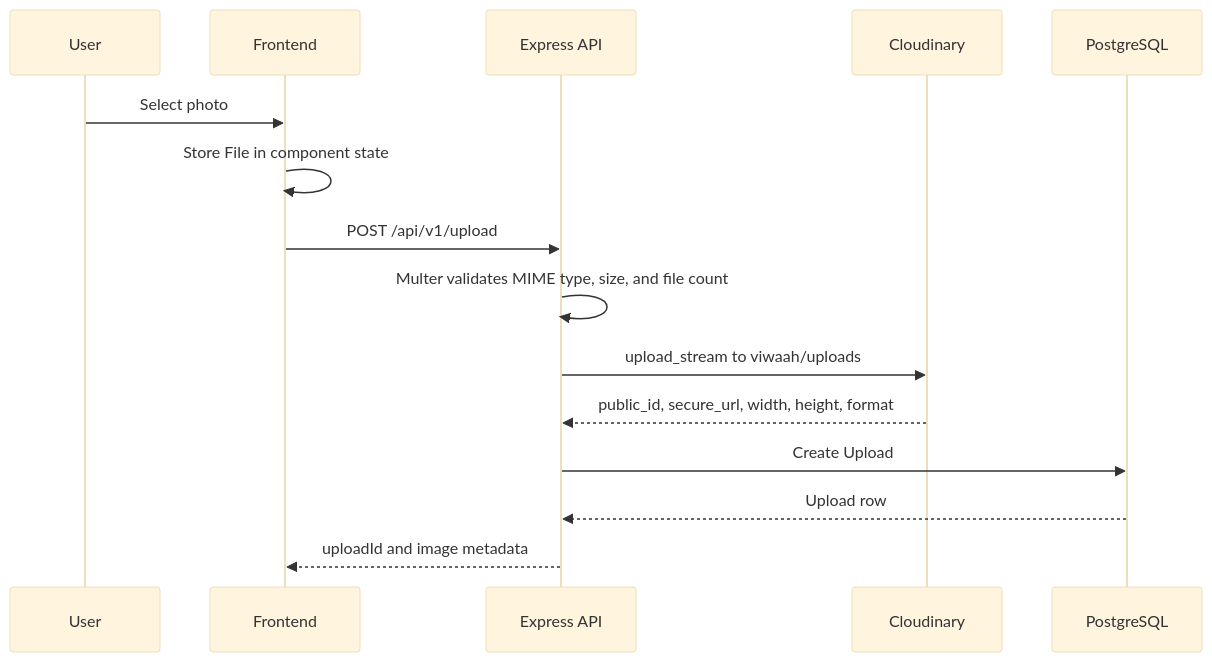
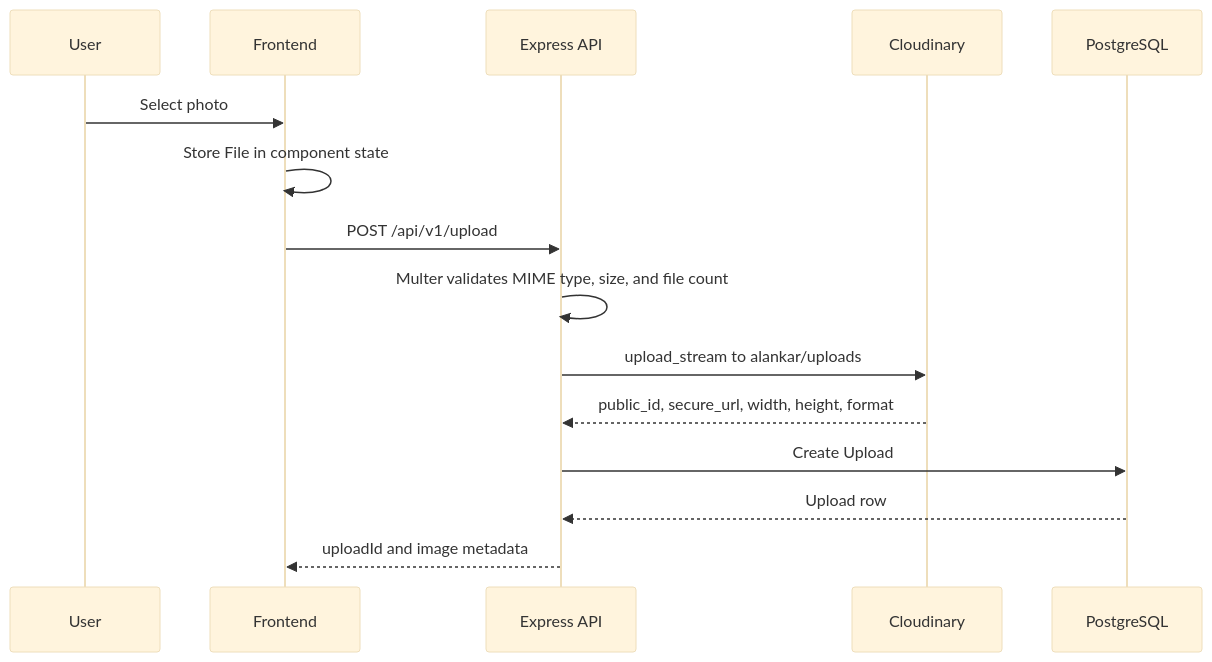
One commit to Rahul-Shetty-10/photo_album changed the second of 6 diagrams in docs/appflow.md. Above: the diagram before and after it, drawn with Mermaid (base theme). The commit also changed other lines of this file and 29 other files, not shown here.

````diff
--- a/docs/appflow.md
+++ b/docs/appflow.md
@@ -34,18 +34,18 @@
 ```mermaid
 sequenceDiagram
     participant U as User
     participant FE as Frontend
     participant API as Express API
     participant C as Cloudinary
     participant DB as PostgreSQL
 
     U->>FE: Select photo
     FE->>FE: Store File in component state
     FE->>API: POST /api/v1/upload
     API->>API: Multer validates MIME type, size, and file count
-    API->>C: upload_stream to viwaah/uploads
+    API->>C: upload_stream to alankar/uploads
     C-->>API: public_id, secure_url, width, height, format
     API->>DB: Create Upload
     DB-->>API: Upload row
     API-->>FE: uploadId and image metadata
 ```
````
